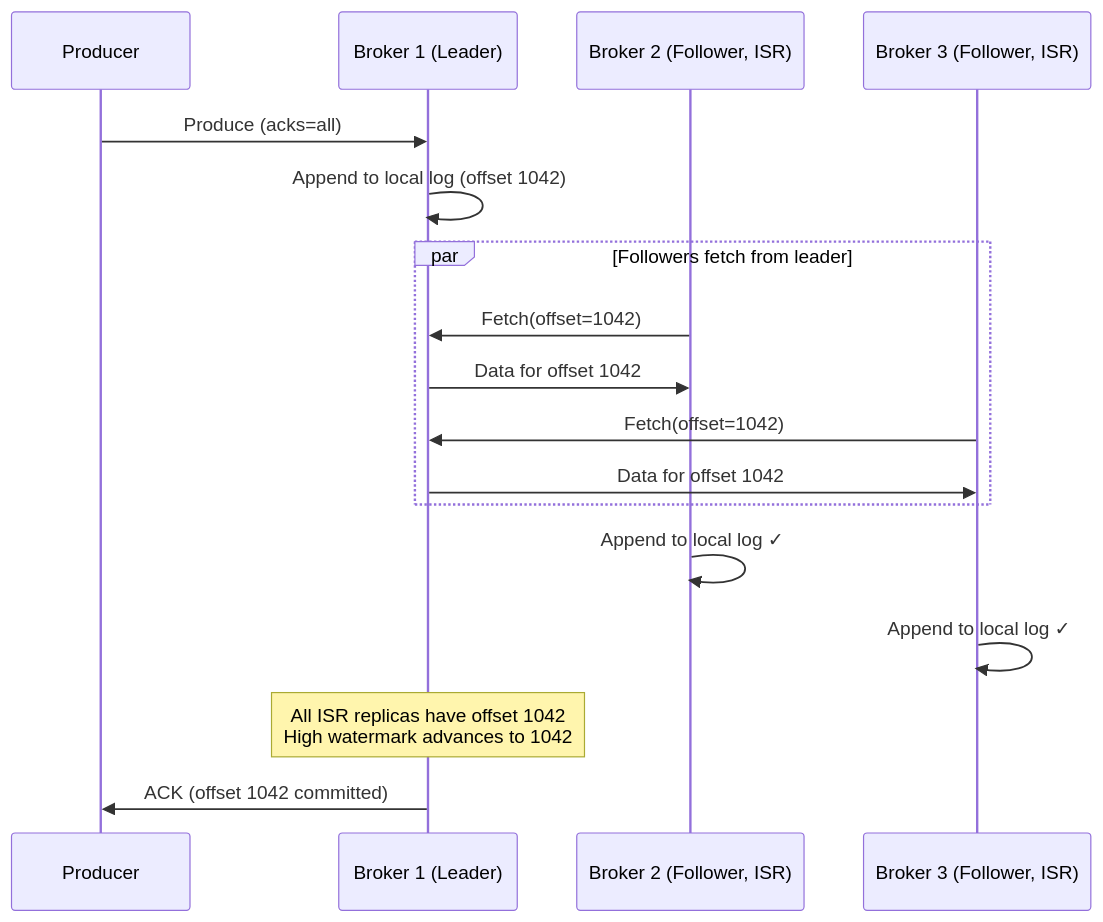
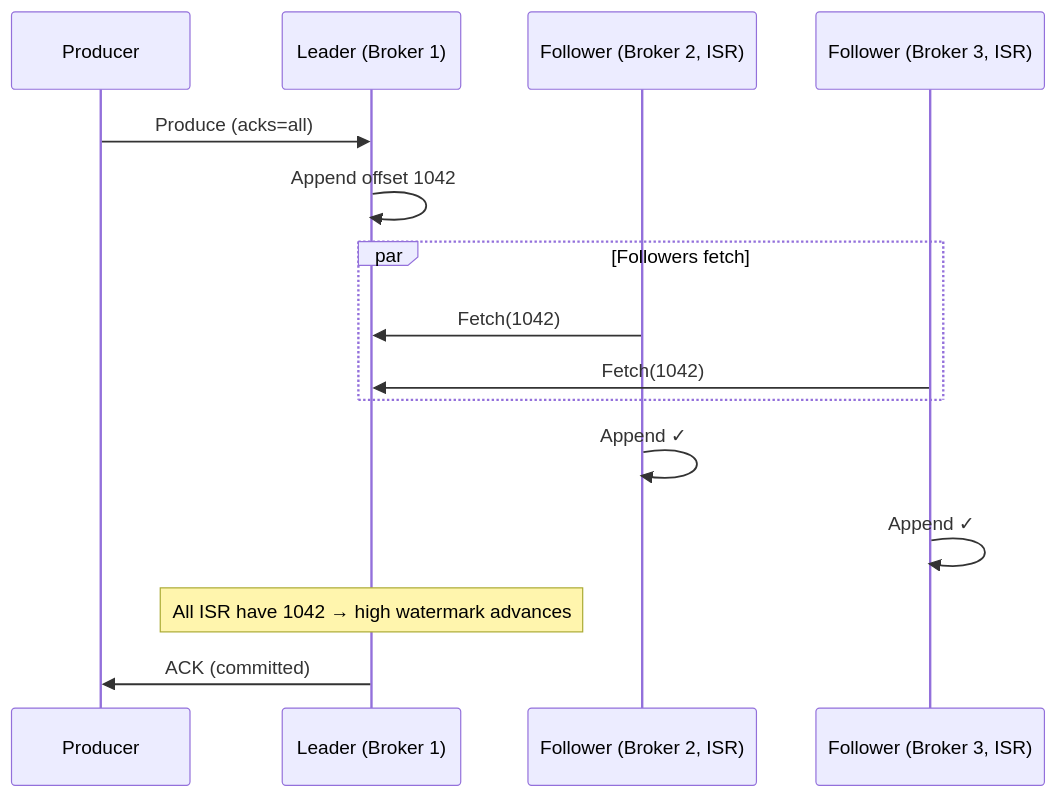
The second of 3 diagrams in content/design-concepts/messaging/kafka.md (sharief007/dev-docs), drawn with Mermaid before and after one commit. The commit also changed other lines of this file and 91 other files, not shown here.

````diff
--- a/content/design-concepts/messaging/kafka.md
+++ b/content/design-concepts/messaging/kafka.md
@@ -126,24 +103,21 @@
 ```mermaid
 sequenceDiagram
     participant P as Producer
-    participant L as Broker 1 (Leader)
-    participant F1 as Broker 2 (Follower, ISR)
-    participant F2 as Broker 3 (Follower, ISR)
+    participant L as Leader (Broker 1)
+    participant F1 as Follower (Broker 2, ISR)
+    participant F2 as Follower (Broker 3, ISR)
 
     P->>L: Produce (acks=all)
-    L->>L: Append to local log (offset 1042)
+    L->>L: Append offset 1042
 
-    par Followers fetch from leader
-        F1->>L: Fetch(offset=1042)
-        L->>F1: Data for offset 1042
-        F2->>L: Fetch(offset=1042)
-        L->>F2: Data for offset 1042
+    par Followers fetch
+        F1->>L: Fetch(1042)
+        F2->>L: Fetch(1042)
     end
 
-    F1->>F1: Append to local log ✓
-    F2->>F2: Append to local log ✓
+    F1->>F1: Append ✓
+    F2->>F2: Append ✓
 
-    Note over L: All ISR replicas have offset 1042<br/>High watermark advances to 1042
-
-    L->>P: ACK (offset 1042 committed)
+    Note over L: All ISR have 1042 → high watermark advances
+    L->>P: ACK (committed)
 ```
````
